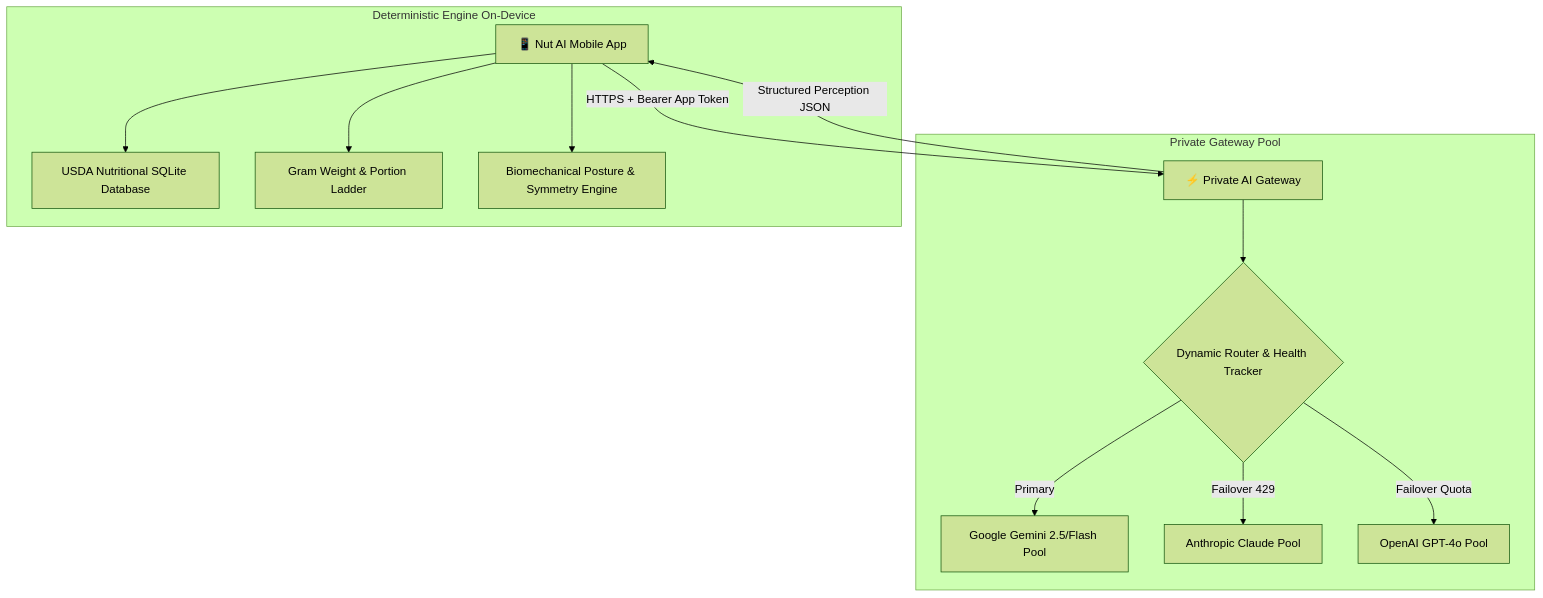
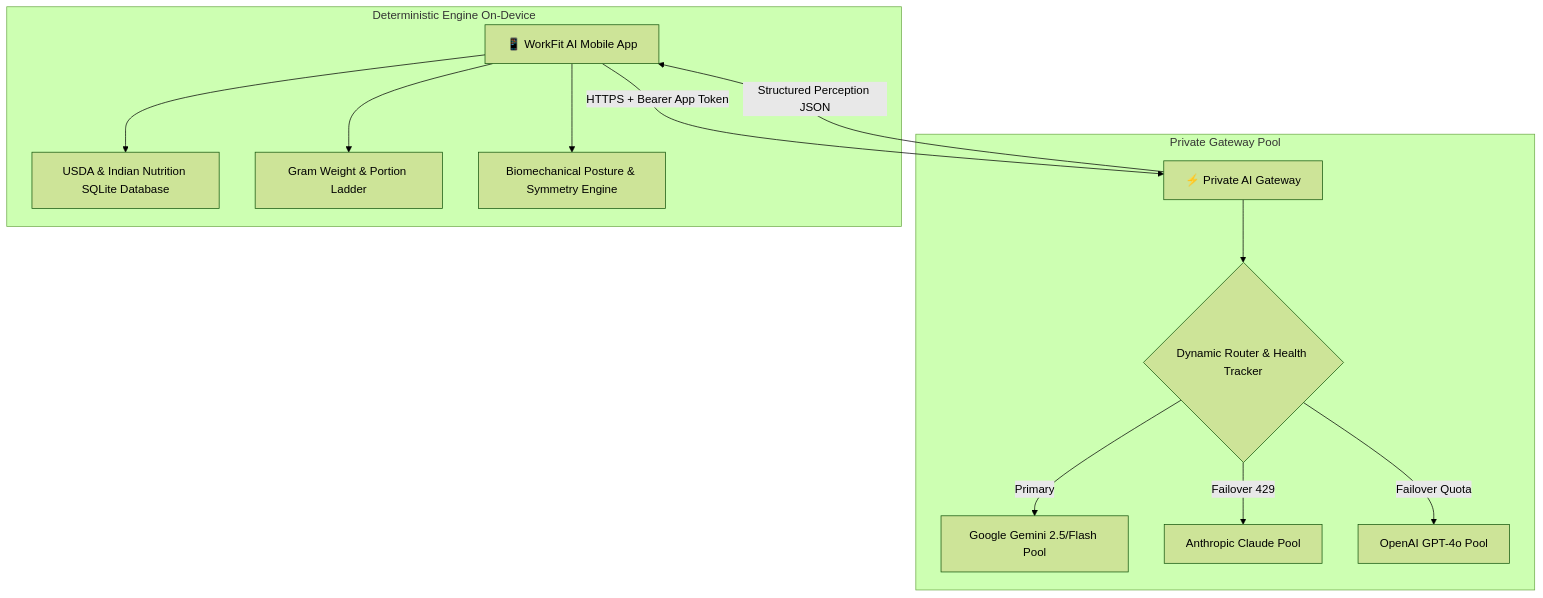
One commit to Sarty-085/nut-ai-gateway changed the diagram in README.md. Above: the diagram before and after it, drawn with Mermaid (forest theme). The commit also changed other lines of this file, not shown here.

Commit message:
docs: update repository documentation and release references to WorkFit AI

````diff
--- a/README.md
+++ b/README.md
@@ -49,19 +49,19 @@
 ```mermaid
 graph TD
-    A[📱 Nut AI Mobile App] -->|HTTPS + Bearer App Token| B[⚡ Private AI Gateway]
+    A[📱 WorkFit AI Mobile App] -->|HTTPS + Bearer App Token| B[⚡ Private AI Gateway]
     
     subgraph Private Gateway Pool
         B --> C{Dynamic Router & Health Tracker}
         C -->|Primary| D[Google Gemini 2.5/Flash Pool]
         C -->|Failover 429| E[Anthropic Claude Pool]
         C -->|Failover Quota| F[OpenAI GPT-4o Pool]
     end
     
     B -->|Structured Perception JSON| A
     
     subgraph Deterministic Engine On-Device
-        A --> G[USDA Nutritional SQLite Database]
+        A --> G[USDA & Indian Nutrition SQLite Database]
         A --> H[Gram Weight & Portion Ladder]
         A --> I[Biomechanical Posture & Symmetry Engine]
     end
 ```
````
